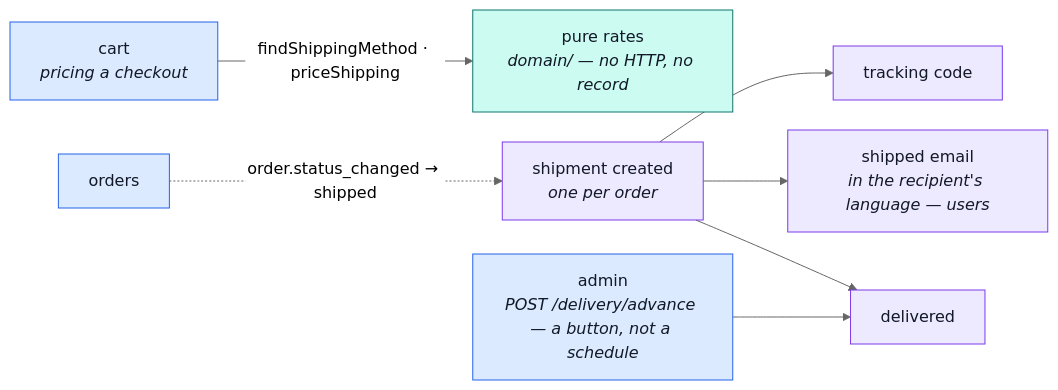
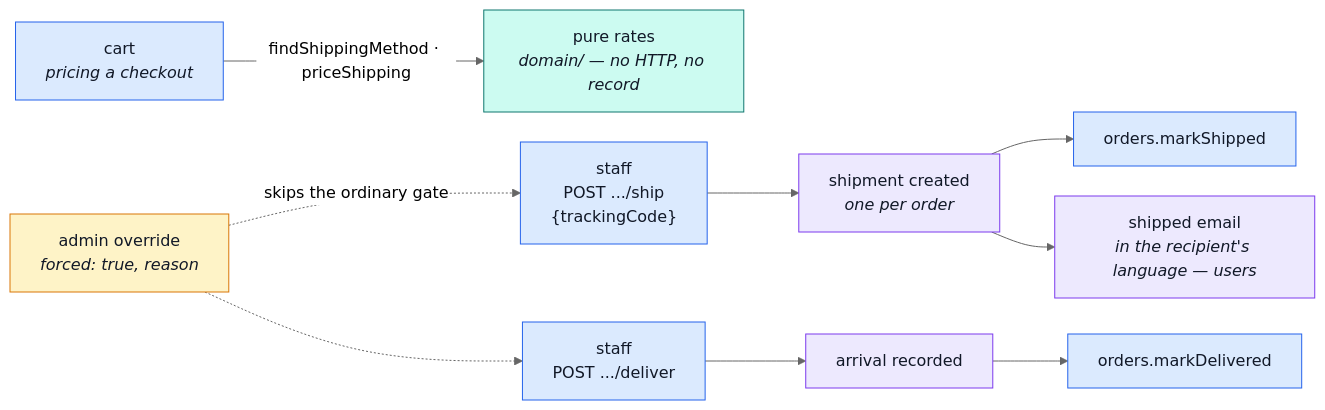
One commit to Guebbit/boilerplate-node-backend changed the second of 2 diagrams in docs/modules/delivery.md. Above: the diagram before and after it, drawn with Mermaid (neutral theme). The commit also changed other lines of this file and 2 other files, not shown here.

First line of the commit message:
docs(modules): describe delivery, payments and orders under the standard

````diff
--- a/docs/modules/delivery.md
+++ b/docs/modules/delivery.md
@@ -65,17 +70,21 @@
 ```mermaid
 %%{init: {'flowchart': {'nodeSpacing': 30, 'rankSpacing': 55}}}%%
 flowchart LR
     CA["cart<br/><i>pricing a checkout</i>"] -->|"findShippingMethod · priceShipping"| RA["pure rates<br/><i>domain/ — no HTTP, no record</i>"]
-    OR["orders"] -. "order.status_changed → shipped" .-> SH["shipment created<br/><i>one per order</i>"]
-    SH --> TR["tracking code"]
+    S1["staff<br/>POST .../ship<br/>{trackingCode}"] --> SH["shipment created<br/><i>one per order</i>"]
+    SH --> MS["orders.markShipped"]
     SH --> EM["shipped email<br/><i>in the recipient's language — users</i>"]
-    AD["admin<br/><i>POST /delivery/advance — a button, not a schedule</i>"] --> DV["delivered"]
-    SH --> DV
+    S2["staff<br/>POST .../deliver"] --> DV["arrival recorded"]
+    DV --> MD["orders.markDelivered"]
+    OV["admin override<br/><i>forced: true, reason</i>"] -.->|"skips the ordinary gate"| S1
+    OV -.-> S2
 
     classDef pure fill:#ccfbf1,stroke:#0f766e,color:#111827;
     classDef own fill:#ede9fe,stroke:#7c3aed,color:#111827;
     classDef peer fill:#dbeafe,stroke:#2563eb,color:#111827;
+    classDef override fill:#fef3c7,stroke:#d97706,color:#111827;
     class RA pure;
-    class SH,TR,EM,DV own;
-    class CA,OR,AD peer;
+    class SH,EM,DV own;
+    class CA,S1,S2,MS,MD peer;
+    class OV override;
 ```
````
